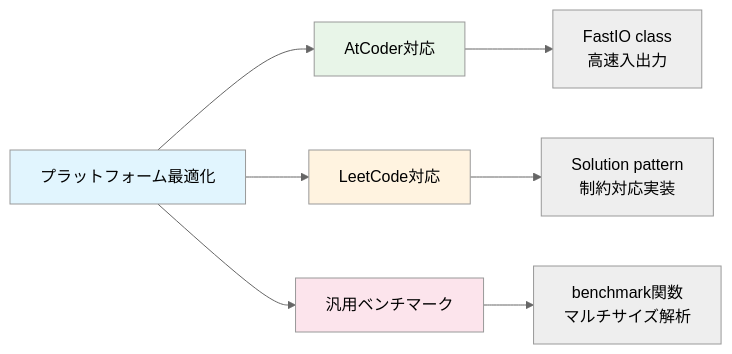
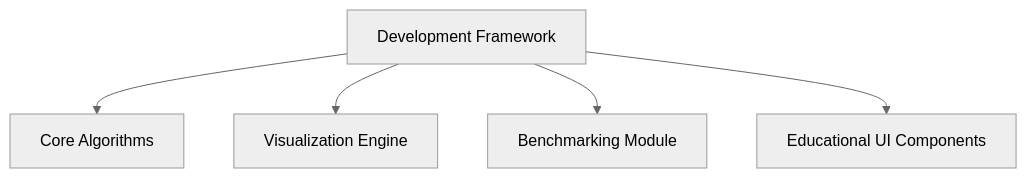
The fifth of 5 diagrams in README.md (myoshi2891/Algorithm-DataStructures-Math-SQL), drawn with Mermaid (neutral theme) before and after one commit. The commit also changed other lines of this file, not shown here.

````diff
--- a/README.md
+++ b/README.md
@@ -165,15 +109,7 @@
 ```mermaid
-graph LR
-    A[プラットフォーム最適化] --> B[AtCoder対応]
-    A --> C[LeetCode対応]
-    A --> D[汎用ベンチマーク]
-
-    B --> B1["FastIO class<br>高速入出力"]
-    C --> C1["Solution pattern<br>制約対応実装"]
-    D --> D1["benchmark関数<br>マルチサイズ解析"]
-
-    style A fill:#e1f5fe
-    style B fill:#e8f5e8
-    style C fill:#fff3e0
-    style D fill:#fce4ec
+flowchart TD
+    A[Development Framework] --> B1[Core Algorithms]
+    A --> B2[Visualization Engine]
+    A --> B3[Benchmarking Module]
+    A --> B4[Educational UI Components]
 ```
````
